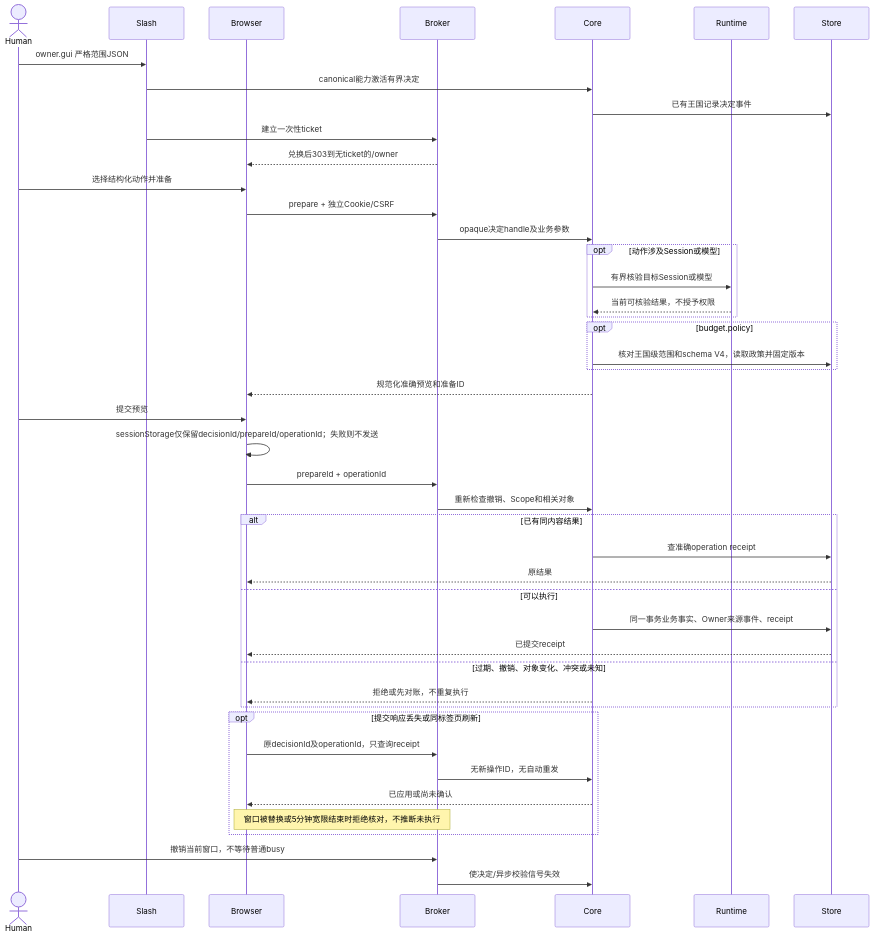
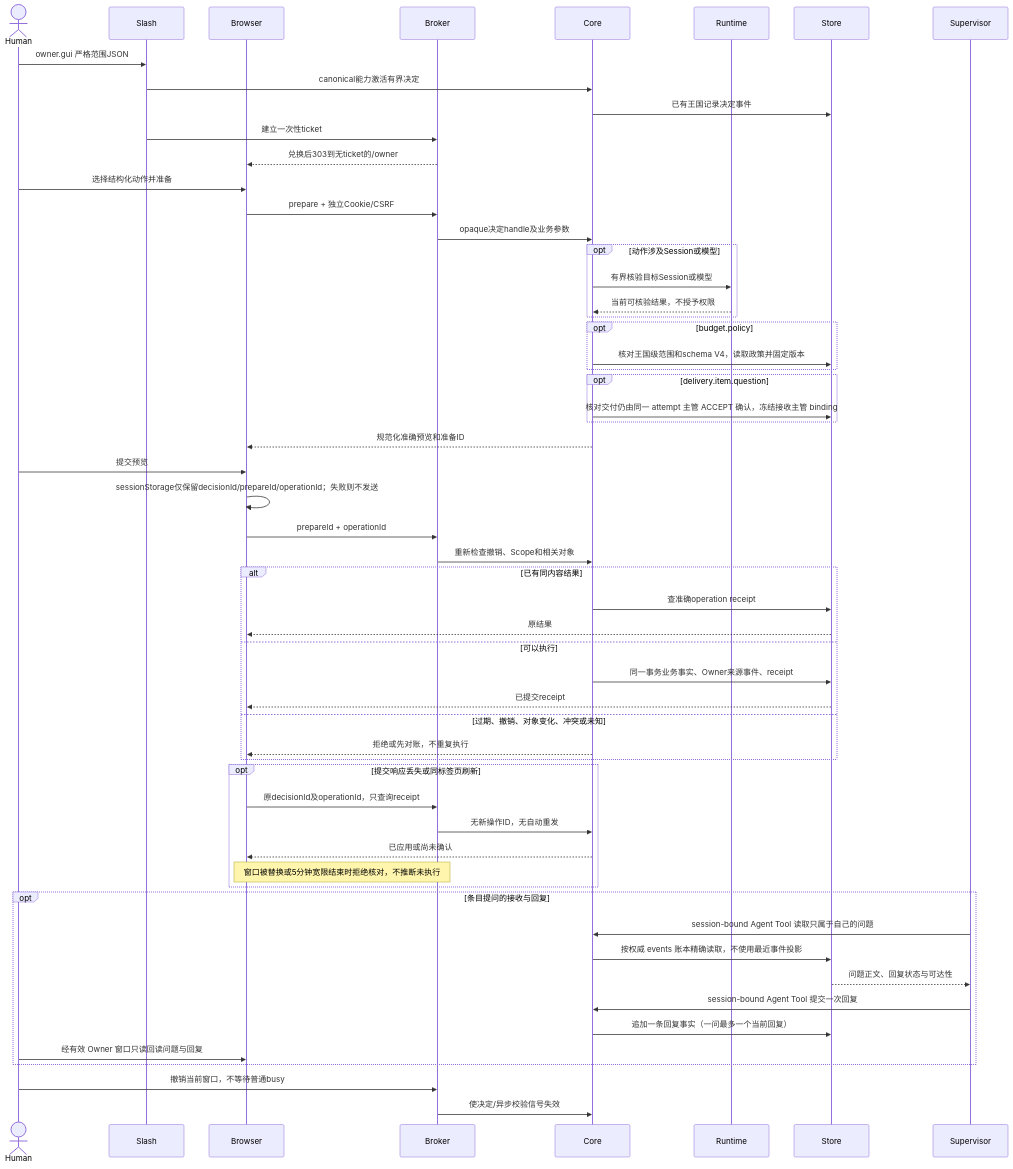
The second of 3 diagrams in docs/feature-flows/gui-owner-control/flow.md (lusblead/dsh-Kingdom), drawn with Mermaid before and after one commit. The commit also changed other lines of this file and 33 other files, not shown here.

````diff
--- a/docs/feature-flows/gui-owner-control/flow.md
+++ b/docs/feature-flows/gui-owner-control/flow.md
@@ -59,47 +91,59 @@
 ```mermaid
 sequenceDiagram
     actor Human
     participant Slash
     participant Browser
     participant Broker
     participant Core
     participant Runtime
     participant Store
+    participant Supervisor
     Human->>Slash: owner.gui 严格范围JSON
     Slash->>Core: canonical能力激活有界决定
     Core->>Store: 已有王国记录决定事件
     Slash->>Broker: 建立一次性ticket
     Broker-->>Browser: 兑换后303到无ticket的/owner
     Human->>Browser: 选择结构化动作并准备
     Browser->>Broker: prepare + 独立Cookie/CSRF
     Broker->>Core: opaque决定handle及业务参数
     opt 动作涉及Session或模型
         Core->>Runtime: 有界核验目标Session或模型
         Runtime-->>Core: 当前可核验结果，不授予权限
     end
     opt budget.policy
         Core->>Store: 核对王国级范围和schema V4，读取政策并固定版本
+    end
+    opt delivery.item.question
+        Core->>Store: 核对交付仍由同一 attempt 主管 ACCEPT 确认，冻结接收主管 binding
     end
     Core-->>Browser: 规范化准确预览和准备ID
     Human->>Browser: 提交预览
     Browser->>Browser: sessionStorage仅保留decisionId/prepareId/operationId；失败则不发送
     Browser->>Broker: prepareId + operationId
     Broker->>Core: 重新检查撤销、Scope和相关对象
     alt 已有同内容结果
         Core->>Store: 查准确operation receipt
         Store-->>Browser: 原结果
     else 可以执行
         Core->>Store: 同一事务业务事实、Owner来源事件、receipt
         Store-->>Browser: 已提交receipt
     else 过期、撤销、对象变化、冲突或未知
         Core-->>Browser: 拒绝或先对账，不重复执行
     end
     opt 提交响应丢失或同标签页刷新
         Browser->>Broker: 原decisionId及operationId，只查询receipt
         Broker->>Core: 无新操作ID，无自动重发
         Core-->>Browser: 已应用或尚未确认
         Note over Browser,Broker: 窗口被替换或5分钟宽限结束时拒绝核对，不推断未执行
     end
+    opt 条目提问的接收与回复
+        Supervisor->>Core: session-bound Agent Tool 读取只属于自己的问题
+        Core->>Store: 按权威 events 账本精确读取，不使用最近事件投影
+        Store-->>Supervisor: 问题正文、回复状态与可达性
+        Supervisor->>Core: session-bound Agent Tool 提交一次回复
+        Core->>Store: 追加一条回复事实（一问最多一个当前回复）
+        Human->>Browser: 经有效 Owner 窗口只读回读问题与回复
+    end
     Human->>Broker: 撤销当前窗口，不等待普通busy
     Broker->>Core: 使决定/异步校验信号失效
 ```
````
